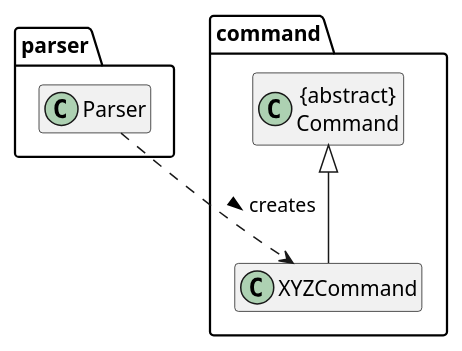
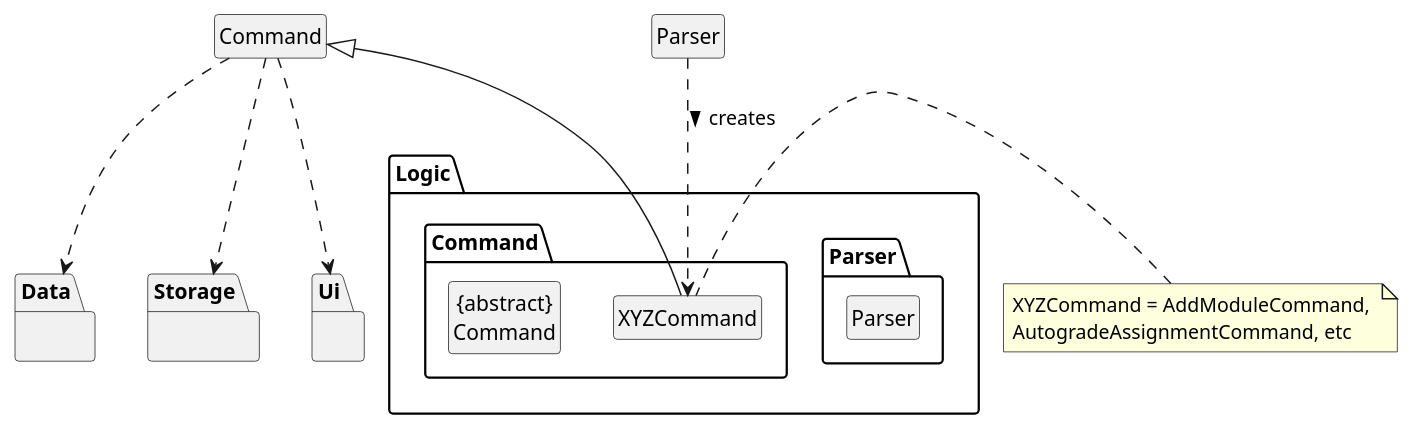
One commit to vaiish371/tp changed the diagram in docs/uml/ParserAndCommand.puml. Above: the diagram before and after it, drawn with PlantUML. The commit also changed 14 other files, not shown here.

```diff
--- a/docs/uml/ParserAndCommand.puml
+++ b/docs/uml/ParserAndCommand.puml
@@ -1,24 +1,46 @@
 @startuml
+
+hide circle
+skinparam classAttributeIconSize 0
 
 hide member
 
+package Logic {
 
-package parser {
+package Parser {
     Class Parser
 
 }
 
-package command {
+package Command {
     Class "{abstract}\nCommand" as Command
     Class XYZCommand
 }
+}
 
+package Data {
+
+}
+
+package Storage {
+
+}
+
+package Ui {
+
+}
 
 XYZCommand -u-|> Command
 
 
 Parser ..> XYZCommand : creates >
 
+Command ..> Data
+Command ..> Storage
+Command ..> Ui
+
+note left of XYZCommand: XYZCommand = AddModuleCommand, \nAutogradeAssignmentCommand, etc
+
 
 
 @enduml
```
